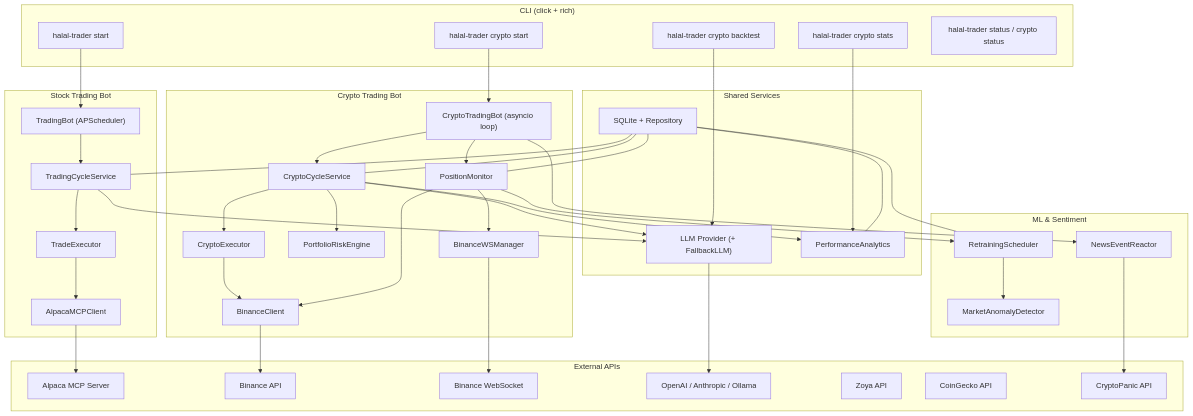
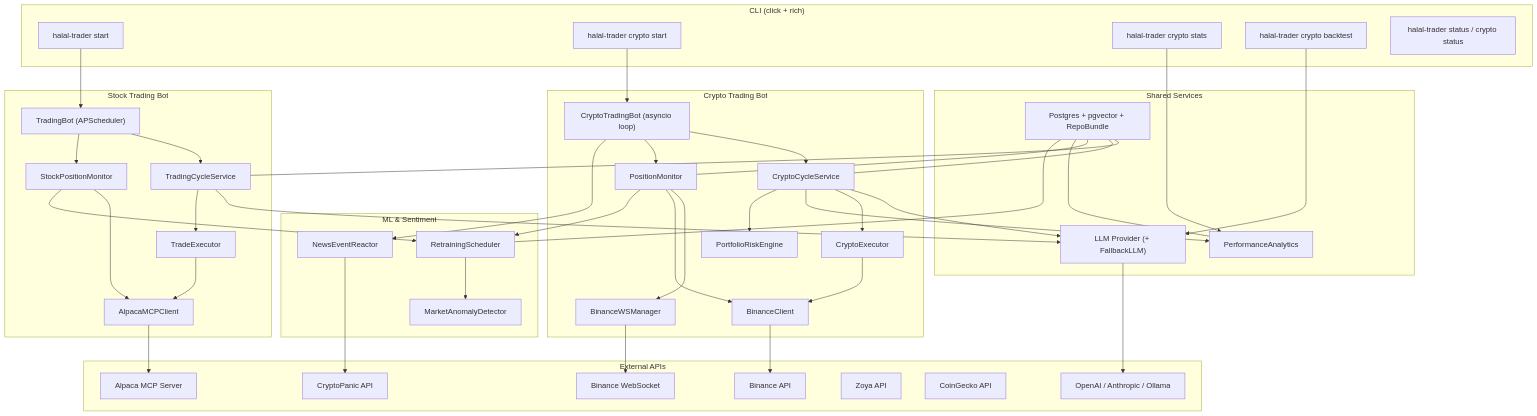
One commit to lanterno/tradeHalalLLM changed the first of 5 diagrams in docs/ARCHITECTURE.md. Above: the diagram before and after it, drawn with Mermaid. The commit also changed other lines of this file and 461 other files, not shown here.

```diff
--- a/docs/ARCHITECTURE.md
+++ b/docs/ARCHITECTURE.md
@@ -20,6 +20,7 @@
         StockSched["TradingBot (APScheduler)"]
         StockCycle["TradingCycleService"]
         StockExec["TradeExecutor"]
+        StockMonitor["StockPositionMonitor"]
         AlpacaMCP["AlpacaMCPClient"]
     end
 
@@ -41,7 +42,7 @@
 
     subgraph SharedSvcs["Shared Services"]
         LLM["LLM Provider (+ FallbackLLM)"]
-        DB["SQLite + Repository"]
+        DB["Postgres + pgvector + RepoBundle"]
         Analytics["PerformanceAnalytics"]
     end
 
@@ -61,9 +62,12 @@
     Backtest --> LLM
 
     StockSched --> StockCycle
+    StockSched --> StockMonitor
     StockCycle --> LLM
     StockCycle --> StockExec
     StockExec --> AlpacaMCP
+    StockMonitor --> AlpacaMCP
+    StockMonitor --> Retrainer
     AlpacaMCP --> Alpaca
 
     CryptoSched --> CryptoCycle
```
